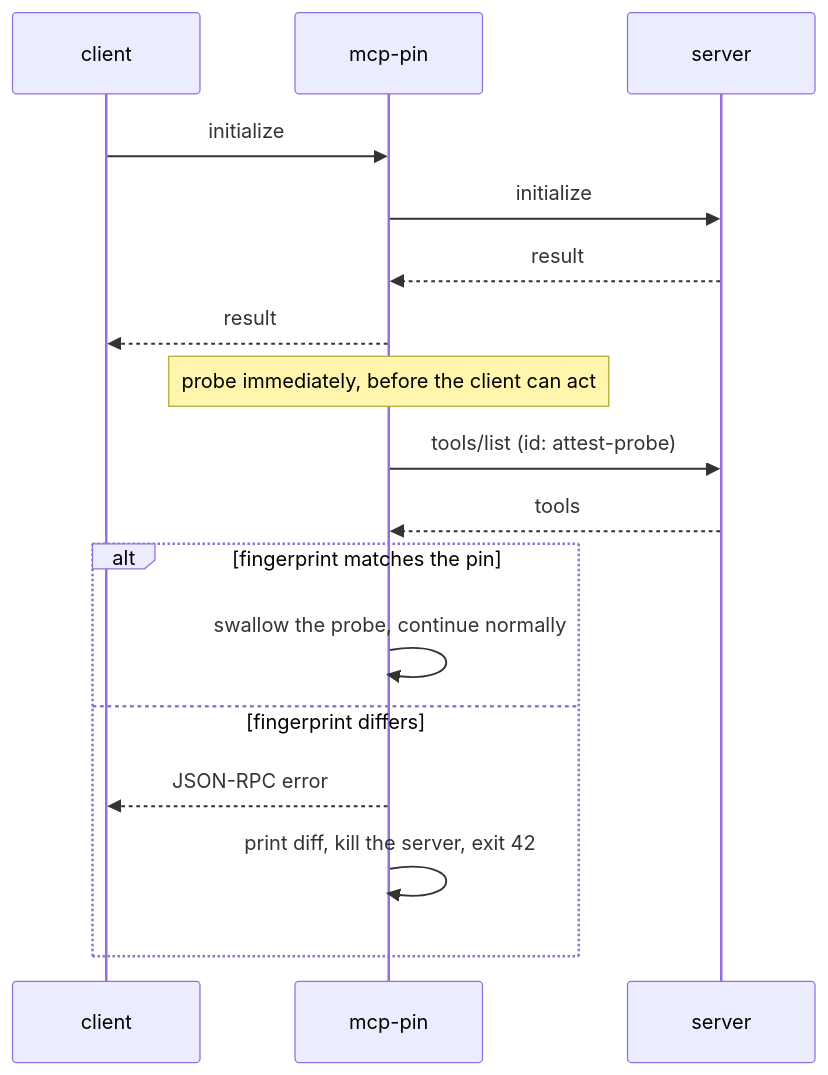
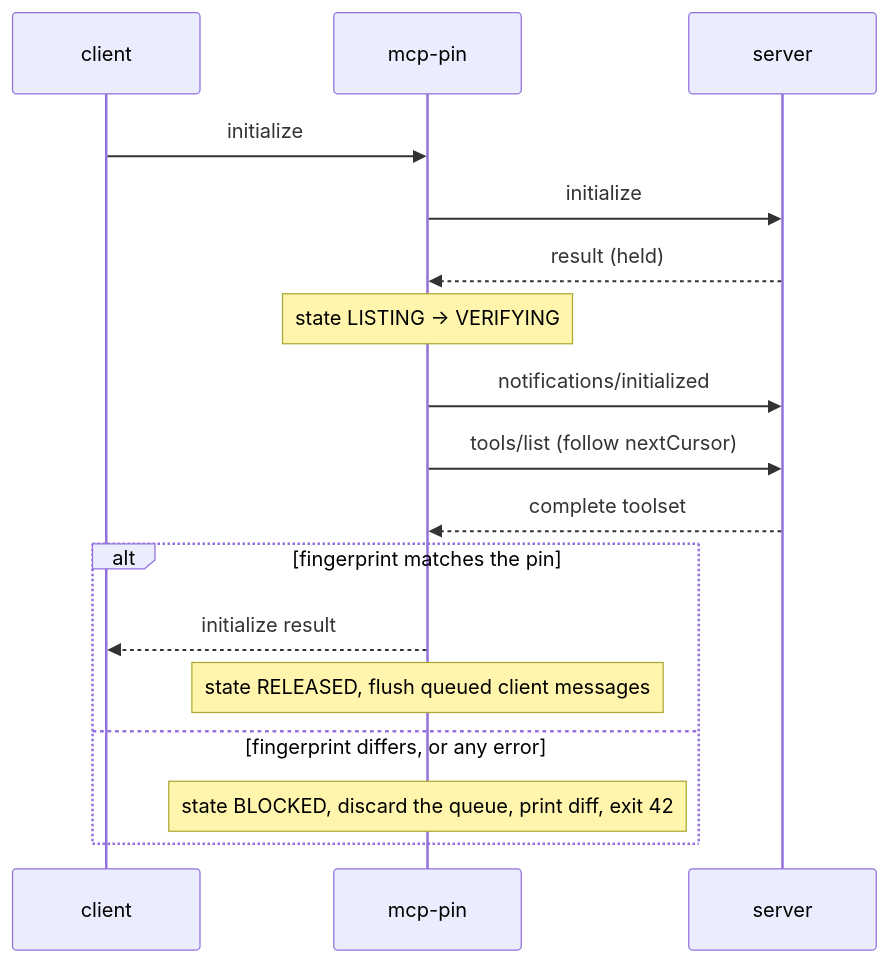
Before and after one commit to GautamTalksDev/mcp-pin: the second of 2 diagrams in docs/ARCHITECTURE.md, drawn with Mermaid. The commit also changed other lines of this file and 24 other files, not shown here.

````diff
--- a/docs/ARCHITECTURE.md
+++ b/docs/ARCHITECTURE.md
@@ -31,20 +38,20 @@
 ```mermaid
 sequenceDiagram
     participant C as client
     participant P as mcp-pin
     participant S as server
 
     C->>P: initialize
     P->>S: initialize
-    S-->>P: result
-    P-->>C: result
-    Note over P: probe immediately, before the client can act
-    P->>S: tools/list (id: attest-probe)
-    S-->>P: tools
+    S-->>P: result (held)
+    Note over P: state LISTING → VERIFYING
+    P->>S: notifications/initialized
+    P->>S: tools/list (follow nextCursor)
+    S-->>P: complete toolset
     alt fingerprint matches the pin
-        P->>P: swallow the probe, continue normally
-    else fingerprint differs
-        P-->>C: JSON-RPC error
-        P->>P: print diff, kill the server, exit 42
+        P-->>C: initialize result
+        Note over P: state RELEASED, flush queued client messages
+    else fingerprint differs, or any error
+        Note over P: state BLOCKED, discard the queue, print diff, exit 42
     end
 ```
````
